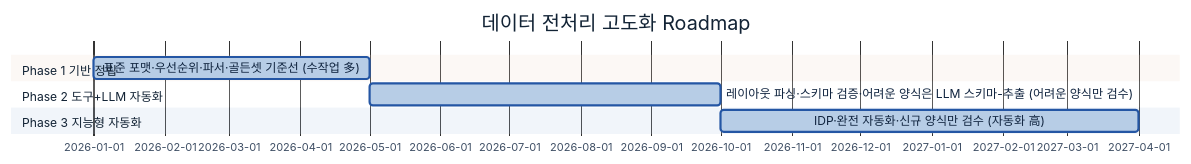
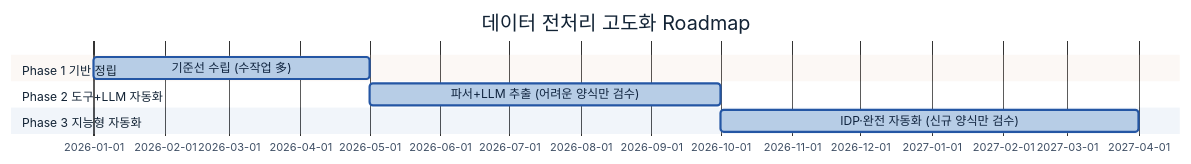
One commit to jin-kearney/ai-ready-data-manual changed the ninth of 9 diagrams in 가이드 작성/B-1 데이터 전처리/B-1 데이터 전처리.md. Above: the diagram before and after it, drawn with Mermaid. The commit also changed other lines of this file and 1 other file, not shown here.

````diff
--- a/가이드 작성/B-1 데이터 전처리/B-1 데이터 전처리.md
+++ b/가이드 작성/B-1 데이터 전처리/B-1 데이터 전처리.md
@@ -766,12 +767,12 @@
 ```mermaid
 %%{init: {'theme':'base','themeVariables':{'primaryColor':'#B7CDE6','primaryBorderColor':'#2456A4','primaryTextColor':'#10243f','lineColor':'#2456A4','fontSize':'13px'}}}%%
 gantt
     title 데이터 전처리 고도화 Roadmap
     dateFormat YYYY-MM
     section Phase 1 기반 정립
-    표준 포맷·우선순위·파서·골든셋 기준선 (수작업 多) :p1, 2026-01, 4M
+    기준선 수립 (수작업 多) :p1, 2026-01, 4M
     section Phase 2 도구+LLM 자동화
-    레이아웃 파싱·스키마 검증·어려운 양식은 LLM 스키마-추출 (어려운 양식만 검수) :p2, after p1, 5M
+    파서+LLM 추출 (어려운 양식만 검수) :p2, after p1, 5M
     section Phase 3 지능형 자동화
-    IDP·완전 자동화·신규 양식만 검수 (자동화 高) :p3, after p2, 6M
+    IDP·완전 자동화 (신규 양식만 검수) :p3, after p2, 6M
 ```
````
